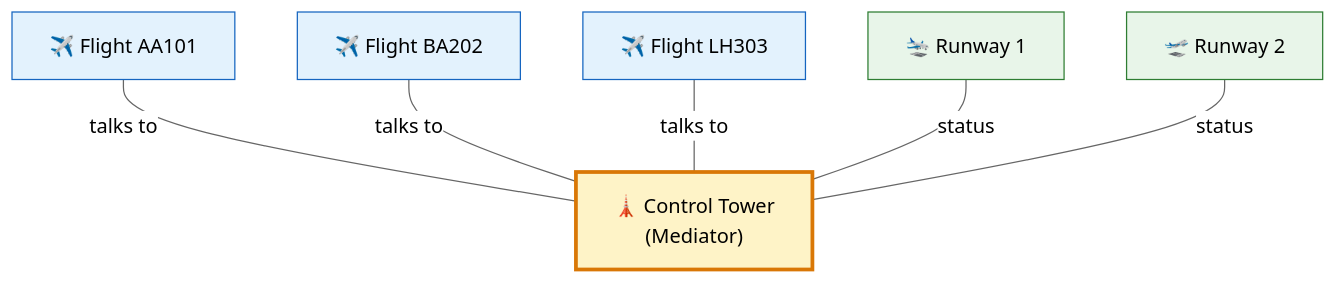
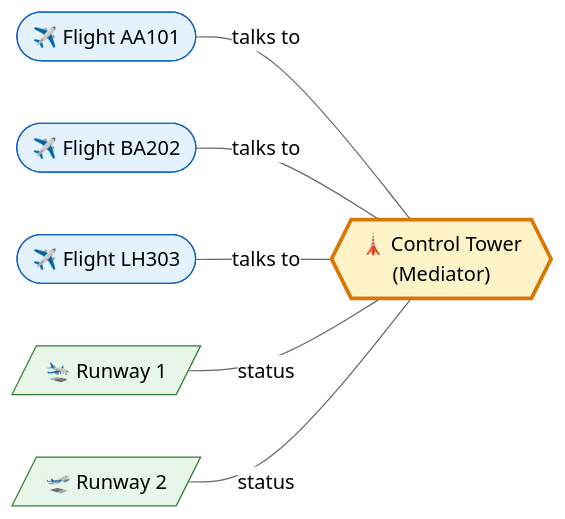
Before and after one commit to saivamsikaruturi/vamsilabs-dev-notes-main: the first of 3 diagrams in docs/designpatterns/behaviouralDesignPatterns/MediatorDp.md, drawn with Mermaid (neutral theme). The commit also changed other lines of this file and 146 other files, not shown here.

Commit message:
Horizontal diagrams, UML class diagrams, typography overhaul, and permalink cleanup

````diff
--- a/docs/designpatterns/behaviouralDesignPatterns/MediatorDp.md
+++ b/docs/designpatterns/behaviouralDesignPatterns/MediatorDp.md
@@ -12,16 +12,16 @@
 ```mermaid
-flowchart TD
-    T["🗼 Control Tower<br/>(Mediator)"]
-    P1["✈️ Flight AA101"] ---|talks to| T
-    P2["✈️ Flight BA202"] ---|talks to| T
-    P3["✈️ Flight LH303"] ---|talks to| T
-    P4["🛬 Runway 1"] ---|status| T
-    P5["🛫 Runway 2"] ---|status| T
+flowchart LR
+    T{{"🗼 Control Tower<br/>(Mediator)"}}
+    P1(["✈️ Flight AA101"]) ---|talks to| T
+    P2(["✈️ Flight BA202"]) ---|talks to| T
+    P3(["✈️ Flight LH303"]) ---|talks to| T
+    P4[/"🛬 Runway 1"/] ---|status| T
+    P5[/"🛫 Runway 2"/] ---|status| T
     
     style T fill:#FEF3C7,stroke:#D97706,stroke-width:3px,color:#000
     style P1 fill:#E3F2FD,stroke:#1565C0,color:#000
     style P2 fill:#E3F2FD,stroke:#1565C0,color:#000
     style P3 fill:#E3F2FD,stroke:#1565C0,color:#000
     style P4 fill:#E8F5E9,stroke:#2E7D32,color:#000
     style P5 fill:#E8F5E9,stroke:#2E7D32,color:#000
 ```
````
